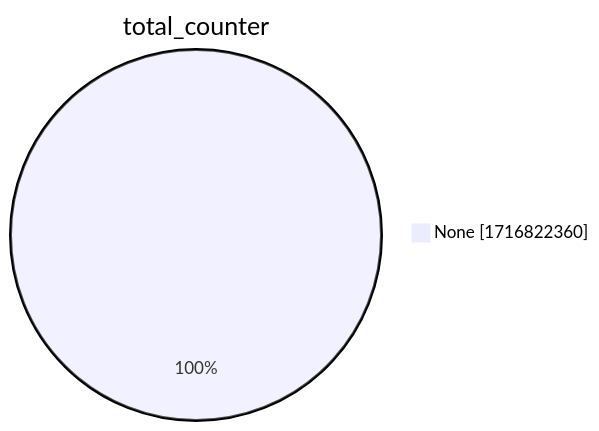
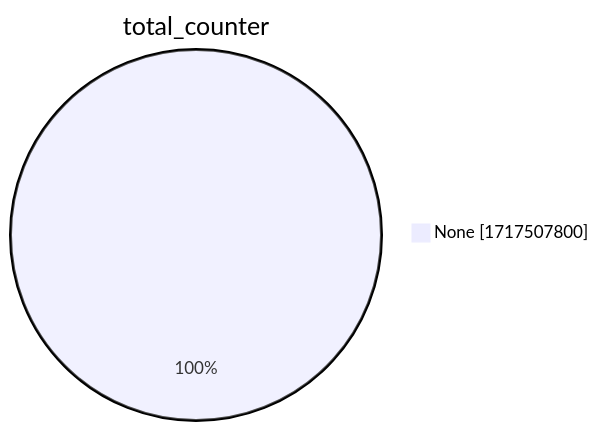
The second of 15 diagrams in xenon2022/README.md (christiankrug/ctmonitor_visualization), drawn with Mermaid before and after one commit. The commit also changed other lines of this file, not shown here.

````diff
--- a/xenon2022/README.md
+++ b/xenon2022/README.md
@@ -9,5 +9,5 @@
 ```mermaid
 pie showData
 title total_counter
-"None" :1716822360
+"None" :1717507800
 ```
````
